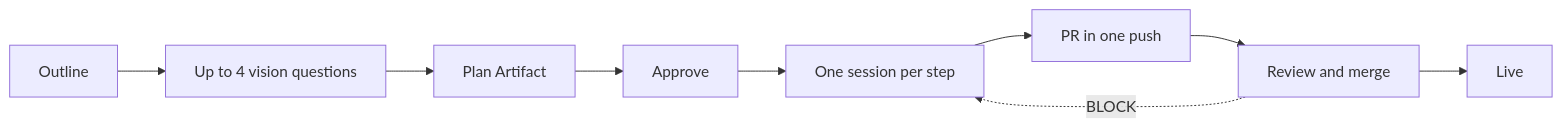
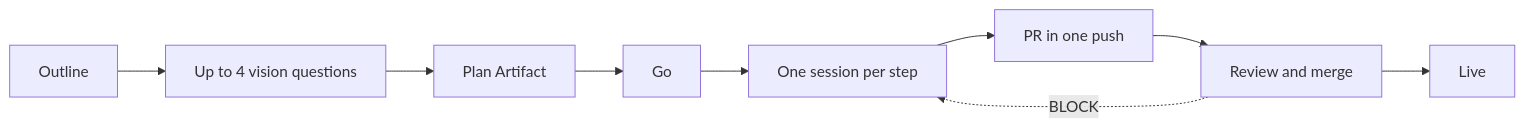
One commit to Colorado-Startups/claudius changed the second of 2 diagrams in README.md. Above: the diagram before and after it, drawn with Mermaid. The commit also changed other lines of this file and 7 other files, not shown here.

````diff
--- a/README.md
+++ b/README.md
@@ -78,6 +78,6 @@
 ```mermaid
 flowchart LR
-  O[Outline] --> Q[Up to 4 vision questions] --> A[Plan Artifact] --> OK[Approve]
+  O[Outline] --> Q[Up to 4 vision questions] --> A[Plan Artifact] --> OK[Go]
   OK --> S[One session per step] --> PR[PR in one push] --> R[Review and merge] --> L[Live]
   R -. BLOCK .-> S
 ```
````
